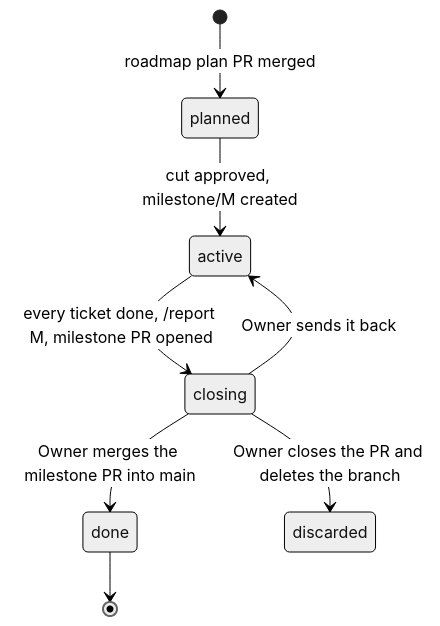
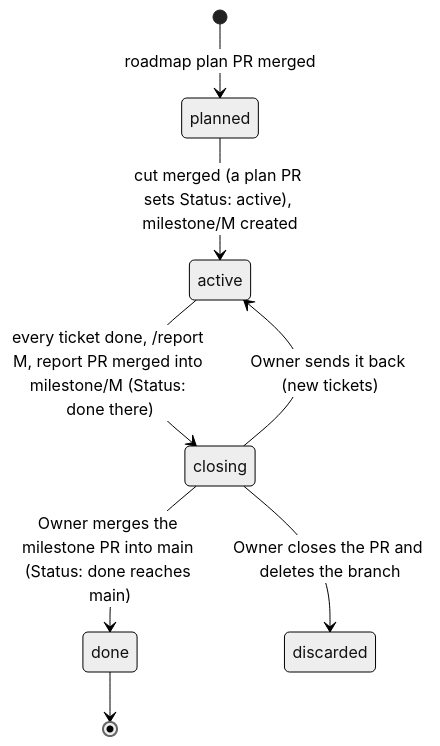
The second of 4 diagrams in plugin/docs/concepts/states.md (pitaya943/pitaya), drawn with Mermaid (neutral theme) before and after one commit. The commit also changed other lines of this file and 71 other files, not shown here.

````diff
--- a/plugin/docs/concepts/states.md
+++ b/plugin/docs/concepts/states.md
@@ -24,10 +24,10 @@
 ```mermaid
 stateDiagram-v2
   [*] --> planned: roadmap plan PR merged
-  planned --> active: cut approved, milestone/M<n> created
-  active --> closing: every ticket done, /report M<n>, milestone PR opened
-  closing --> active: Owner sends it back
-  closing --> done: Owner merges the milestone PR into main
+  planned --> active: cut merged (a plan PR sets Status: active), milestone/M<n> created
+  active --> closing: every ticket done, /report M<n>, report PR merged into milestone/M<n> (Status: done there)
+  closing --> active: Owner sends it back (new tickets)
+  closing --> done: Owner merges the milestone PR into main (Status: done reaches main)
   closing --> discarded: Owner closes the PR and deletes the branch
   done --> [*]
 ```
````
